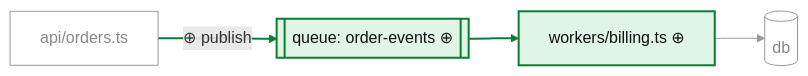
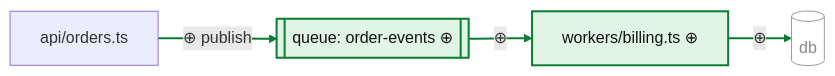
Before and after one commit to jr-jesse123/claude-tookit: the third of 3 diagrams in plugins/code-review/skills/pr-tour/examples/flowchart.md, drawn with Mermaid. The commit also changed other lines of this file and 2 other files, not shown here.

````diff
--- a/plugins/code-review/skills/pr-tour/examples/flowchart.md
+++ b/plugins/code-review/skills/pr-tour/examples/flowchart.md
@@ -54,11 +59,11 @@
 ```mermaid
 flowchart LR
     A[api/orders.ts] -->|"⊕ publish"| Q[["queue: order-events ⊕"]]
-    Q --> W["workers/billing.ts ⊕"] --> C[(db)]
+    Q -->|"⊕"| W["workers/billing.ts ⊕"]
+    W -->|"⊕"| C[(db)]
     classDef added fill:#e0f5e6,stroke:#0a7d33,color:#111,stroke-width:2px
     classDef ctx fill:none,stroke:#999999,color:#888888
     class Q,W added
-    class A,C ctx
-    linkStyle 0,1 stroke:#0a7d33,stroke-width:2px
-    linkStyle 2 stroke:#999999
+    class C ctx
+    linkStyle 0,1,2 stroke:#0a7d33,stroke-width:2px
 ```
````
